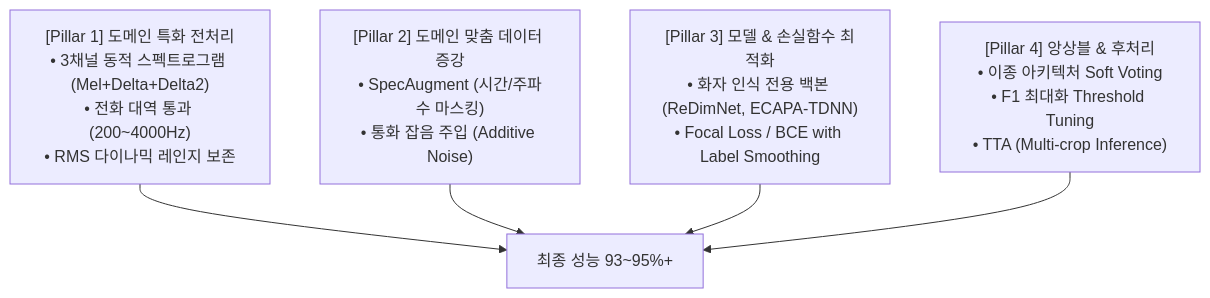
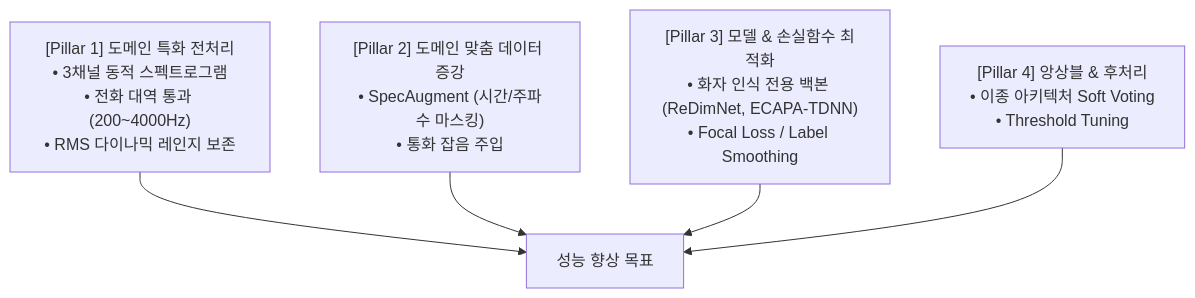
One commit to KozzilzzilE/DCC_Problem changed the diagram in docs/performance_improvement_plan.md. Above: the diagram before and after it, drawn with Mermaid. The commit also changed other lines of this file and 7 other files, not shown here.

````diff
--- a/docs/performance_improvement_plan.md
+++ b/docs/performance_improvement_plan.md
@@ -25,7 +29,7 @@
 ```mermaid
 graph TD
-  A["[Pillar 1] 도메인 특화 전처리<br>• 3채널 동적 스펙트로그램 (Mel+Delta+Delta2)<br>• 전화 대역 통과 (200~4000Hz)<br>• RMS 다이나믹 레인지 보존"] --> E["최종 성능 93~95%+"]
-  B["[Pillar 2] 도메인 맞춤 데이터 증강<br>• SpecAugment (시간/주파수 마스킹)<br>• 통화 잡음 주입 (Additive Noise)"] --> E
-  C["[Pillar 3] 모델 & 손실함수 최적화<br>• 화자 인식 전용 백본 (ReDimNet, ECAPA-TDNN)<br>• Focal Loss / BCE with Label Smoothing"] --> E
-  D["[Pillar 4] 앙상블 & 후처리<br>• 이종 아키텍처 Soft Voting<br>• F1 최대화 Threshold Tuning<br>• TTA (Multi-crop Inference)"] --> E
+  A["[Pillar 1] 도메인 특화 전처리<br>• 3채널 동적 스펙트로그램<br>• 전화 대역 통과 (200~4000Hz)<br>• RMS 다이나믹 레인지 보존"] --> E["성능 향상 목표"]
+  B["[Pillar 2] 도메인 맞춤 데이터 증강<br>• SpecAugment (시간/주파수 마스킹)<br>• 통화 잡음 주입"] --> E
+  C["[Pillar 3] 모델 & 손실함수 최적화<br>• 화자 인식 전용 백본 (ReDimNet, ECAPA-TDNN)<br>• Focal Loss / Label Smoothing"] --> E
+  D["[Pillar 4] 앙상블 & 후처리<br>• 이종 아키텍처 Soft Voting<br>• Threshold Tuning"] --> E
 ```
````
